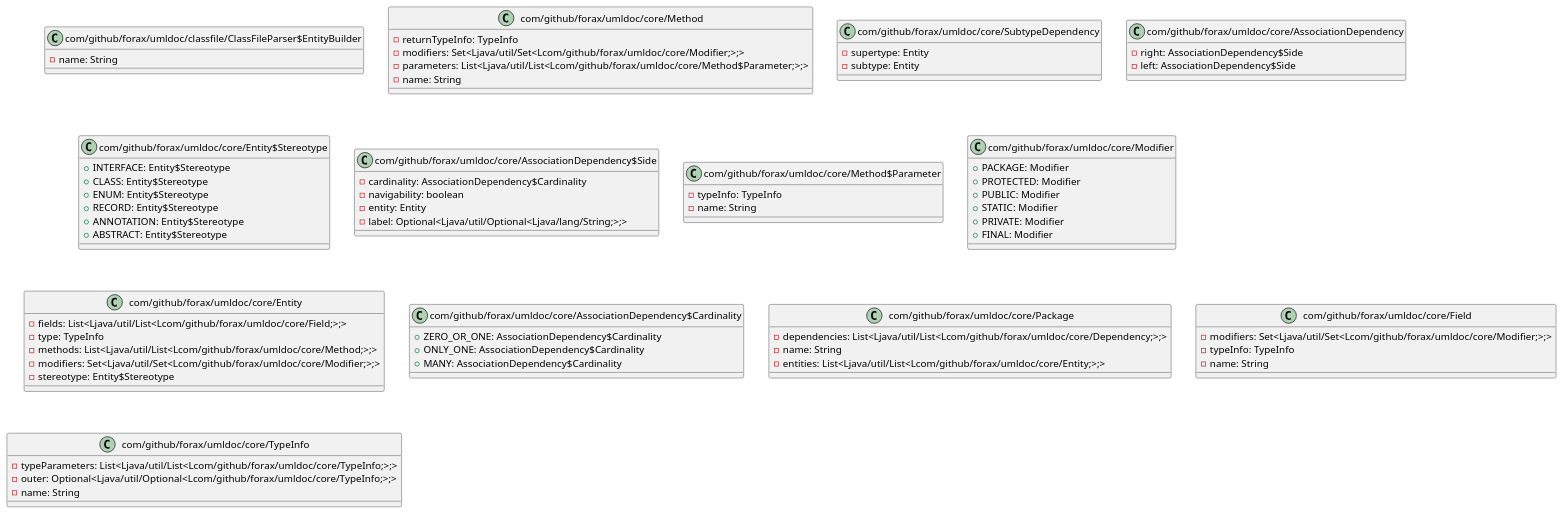
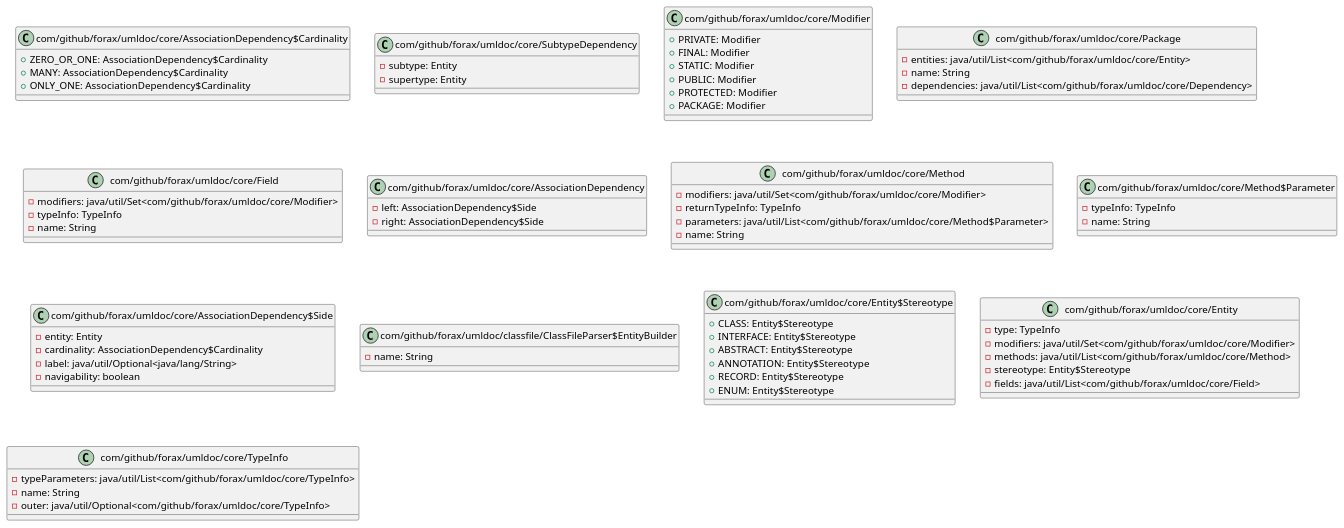
The first of 2 diagrams in src/main/java/com/github/donnebelin/umldoc/test.md (AxelBelin/umldocDonneBelinFork), drawn with PlantUML before and after one commit. The commit also changed other lines of this file and 2 other files, not shown here.

Commit message:
Try add associations

```diff
--- a/src/main/java/com/github/donnebelin/umldoc/test.md
+++ b/src/main/java/com/github/donnebelin/umldoc/test.md
@@ -1,40 +1,47 @@
 @startuml
 
-    class com/github/forax/umldoc/classfile/ClassFileParser$EntityBuilder {
-      -name: String
+    class com/github/forax/umldoc/core/AssociationDependency$Cardinality {
+      +ZERO_OR_ONE: AssociationDependency$Cardinality
+			+MANY: AssociationDependency$Cardinality
+			+ONLY_ONE: AssociationDependency$Cardinality
+    }
+
+    class com/github/forax/umldoc/core/SubtypeDependency {
+      -subtype: Entity
+			-supertype: Entity
+    }
+
+    class com/github/forax/umldoc/core/Modifier {
+      +PRIVATE: Modifier
+			+FINAL: Modifier
+			+STATIC: Modifier
+			+PUBLIC: Modifier
+			+PROTECTED: Modifier
+			+PACKAGE: Modifier
+    }
+
+    class com/github/forax/umldoc/core/Package {
+      -entities: java/util/List<com/github/forax/umldoc/core/Entity>
+			-name: String
+			-dependencies: java/util/List<com/github/forax/umldoc/core/Dependency>
+    }
+
+    class com/github/forax/umldoc/core/Field {
+      -modifiers: java/util/Set<com/github/forax/umldoc/core/Modifier>
+			-typeInfo: TypeInfo
+			-name: String
+    }
+
+    class com/github/forax/umldoc/core/AssociationDependency {
+      -left: AssociationDependency$Side
+			-right: AssociationDependency$Side
     }
 
     class com/github/forax/umldoc/core/Method {
-      -returnTypeInfo: TypeInfo
-			-modifiers: Set<Ljava/util/Set<Lcom/github/forax/umldoc/core/Modifier;>;>
-			-parameters: List<Ljava/util/List<Lcom/github/forax/umldoc/core/Method$Parameter;>;>
+      -modifiers: java/util/Set<com/github/forax/umldoc/core/Modifier>
+			-returnTypeInfo: TypeInfo
+			-parameters: java/util/List<com/github/forax/umldoc/core/Method$Parameter>
 			-name: String
-    }
-
-    class com/github/forax/umldoc/core/SubtypeDependency {
-      -supertype: Entity
-			-subtype: Entity
-    }
-
-    class com/github/forax/umldoc/core/AssociationDependency {
-      -right: AssociationDependency$Side
-			-left: AssociationDependency$Side
-    }
-
-    class com/github/forax/umldoc/core/Entity$Stereotype {
-      +INTERFACE: Entity$Stereotype
-			+CLASS: Entity$Stereotype
-			+ENUM: Entity$Stereotype
-			+RECORD: Entity$Stereotype
-			+ANNOTATION: Entity$Stereotype
-			+ABSTRACT: Entity$Stereotype
-    }
-
-    class com/github/forax/umldoc/core/AssociationDependency$Side {
-      -cardinality: AssociationDependency$Cardinality
-			-navigability: boolean
-			-entity: Entity
-			-label: Optional<Ljava/util/Optional<Ljava/lang/String;>;>
     }
 
     class com/github/forax/umldoc/core/Method$Parameter {
@@ -42,45 +49,38 @@
 			-name: String
     }
 
-    class com/github/forax/umldoc/core/Modifier {
-      +PACKAGE: Modifier
-			+PROTECTED: Modifier
-			+PUBLIC: Modifier
-			+STATIC: Modifier
-			+PRIVATE: Modifier
-			+FINAL: Modifier
+    class com/github/forax/umldoc/core/AssociationDependency$Side {
+      -entity: Entity
+			-cardinality: AssociationDependency$Cardinality
+			-label: java/util/Optional<java/lang/String>
+			-navigability: boolean
+    }
+
+    class com/github/forax/umldoc/classfile/ClassFileParser$EntityBuilder {
+      -name: String
+    }
+
+    class com/github/forax/umldoc/core/Entity$Stereotype {
+      +CLASS: Entity$Stereotype
+			+INTERFACE: Entity$Stereotype
+			+ABSTRACT: Entity$Stereotype
+			+ANNOTATION: Entity$Stereotype
+			+RECORD: Entity$Stereotype
+			+ENUM: Entity$Stereotype
     }
 
     class com/github/forax/umldoc/core/Entity {
-      -fields: List<Ljava/util/List<Lcom/github/forax/umldoc/core/Field;>;>
-			-type: TypeInfo
-			-methods: List<Ljava/util/List<Lcom/github/forax/umldoc/core/Method;>;>
-			-modifiers: Set<Ljava/util/Set<Lcom/github/forax/umldoc/core/Modifier;>;>
+      -type: TypeInfo
+			-modifiers: java/util/Set<com/github/forax/umldoc/core/Modifier>
+			-methods: java/util/List<com/github/forax/umldoc/core/Method>
 			-stereotype: Entity$Stereotype
-    }
-
-    class com/github/forax/umldoc/core/AssociationDependency$Cardinality {
-      +ZERO_OR_ONE: AssociationDependency$Cardinality
-			+ONLY_ONE: AssociationDependency$Cardinality
-			+MANY: AssociationDependency$Cardinality
-    }
-
-    class com/github/forax/umldoc/core/Package {
-      -dependencies: List<Ljava/util/List<Lcom/github/forax/umldoc/core/Dependency;>;>
-			-name: String
-			-entities: List<Ljava/util/List<Lcom/github/forax/umldoc/core/Entity;>;>
-    }
-
-    class com/github/forax/umldoc/core/Field {
-      -modifiers: Set<Ljava/util/Set<Lcom/github/forax/umldoc/core/Modifier;>;>
-			-typeInfo: TypeInfo
-			-name: String
+			-fields: java/util/List<com/github/forax/umldoc/core/Field>
     }
 
     class com/github/forax/umldoc/core/TypeInfo {
-      -typeParameters: List<Ljava/util/List<Lcom/github/forax/umldoc/core/TypeInfo;>;>
-			-outer: Optional<Ljava/util/Optional<Lcom/github/forax/umldoc/core/TypeInfo;>;>
+      -typeParameters: java/util/List<com/github/forax/umldoc/core/TypeInfo>
 			-name: String
+			-outer: java/util/Optional<com/github/forax/umldoc/core/TypeInfo>
     }
 
 @enduml
```
